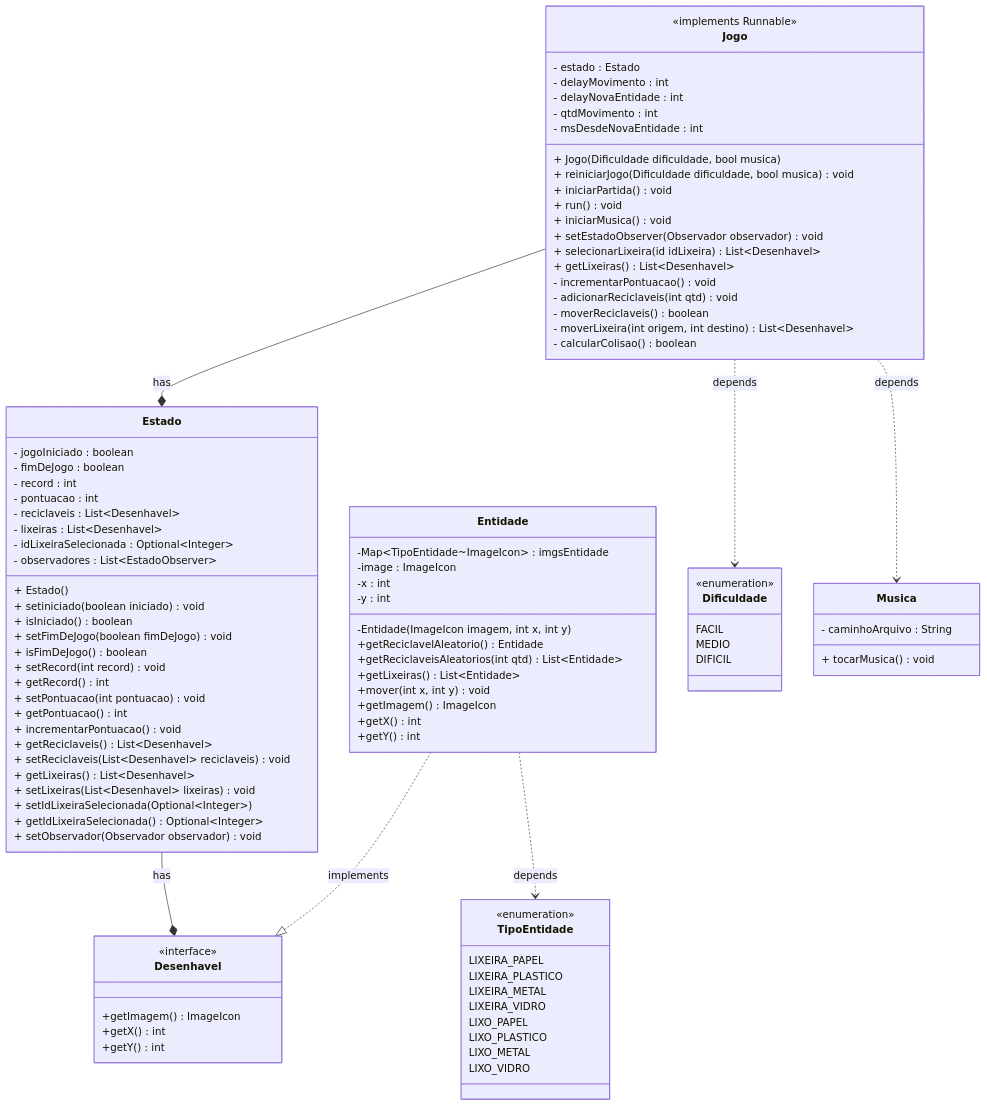
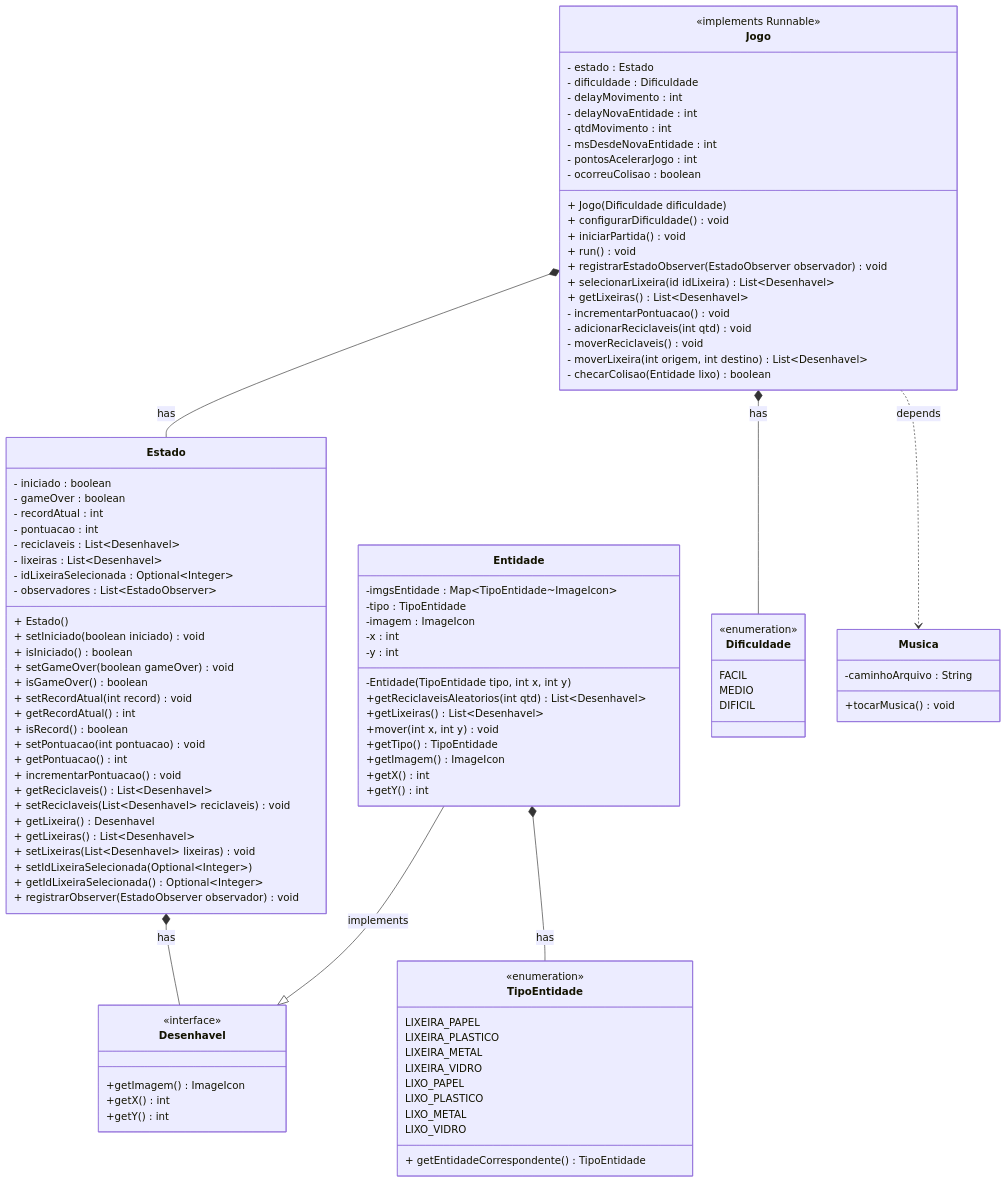
Before and after one commit to lucasttmz/jogo-reciclagem-aps: the diagram in docs/DiagramaJogoModel.md, drawn with Mermaid. The commit also changed 4 other files, not shown here.

Commit message:
Pequenos ajustes nos diagramas e correcao dos erros

````diff
--- a/docs/DiagramaJogoModel.md
+++ b/docs/DiagramaJogoModel.md
@@ -3,11 +3,11 @@
 ```mermaid
 classDiagram
-	Entidade ..|> Desenhavel : implements
-	Entidade ..> TipoEntidade : depends
-	Estado --* Desenhavel : has
-	Jogo --* Estado : has
-	Jogo ..> Dificuldade : depends
-    Jogo ..> Musica : depends
+	Entidade --|> Desenhavel : implements
+	Entidade *-- TipoEntidade : has
+	Estado *-- Desenhavel : has
+	Jogo *-- Estado : has
+	Jogo *-- Dificuldade : has
+        Jogo ..> Musica : depends
 	class Desenhavel{
 		<<interface>>
 		+getImagem() ImageIcon
@@ -24,73 +24,79 @@
 		LIXO_PLASTICO
 		LIXO_METAL
 		LIXO_VIDRO
+		+ getEntidadeCorrespondente() TipoEntidade
 	}
 	class Entidade{
-		-Map~TipoEntidade~ImageIcon~ : imgsEntidade
-		-image : ImageIcon
+		-imgsEntidade : Map~TipoEntidade~ImageIcon~ 
+		-tipo : TipoEntidade
+		-imagem : ImageIcon
 		-x : int
 		-y : int
-		-Entidade(ImageIcon imagem, int x, int y)
-		+getReciclavelAleatorio() Entidade
-		+getReciclaveisAleatorios(int qtd) List~Entidade~
-		+getLixeiras() List~Entidade~
+		-Entidade(TipoEntidade tipo, int x, int y)
+		+getReciclaveisAleatorios(int qtd) List~Desenhavel~
+		+getLixeiras() List~Desenhavel~
 		+mover(int x, int y) void
+		+getTipo() TipoEntidade
 		+getImagem() ImageIcon
 		+getX() int
 		+getY() int
 	}
 	class Estado{
-		- jogoIniciado : boolean
-		- fimDeJogo : boolean
-		- record : int
+		- iniciado : boolean
+		- gameOver : boolean
+		- recordAtual : int
 		- pontuacao : int
 		- reciclaveis : List~Desenhavel~
 		- lixeiras : List~Desenhavel~
 		- idLixeiraSelecionada : Optional~Integer~
 		- observadores : List~EstadoObserver~
 		+ Estado()
-		+ setiniciado(boolean iniciado) void
+		+ setIniciado(boolean iniciado) void
 		+ isIniciado() boolean
-		+ setFimDeJogo(boolean fimDeJogo) void
-		+ isFimDeJogo() boolean
-		+ setRecord(int record) void
-		+ getRecord() int
+		+ setGameOver(boolean gameOver) void
+		+ isGameOver() boolean
+		+ setRecordAtual(int record) void
+		+ getRecordAtual() int
+		+ isRecord() boolean
 		+ setPontuacao(int pontuacao) void
 		+ getPontuacao() int
 		+ incrementarPontuacao() void
 		+ getReciclaveis() List~Desenhavel~
 		+ setReciclaveis(List~Desenhavel~ reciclaveis) void
+		+ getLixeira() Desenhavel
 		+ getLixeiras() List~Desenhavel~
 		+ setLixeiras(List~Desenhavel~ lixeiras) void
 		+ setIdLixeiraSelecionada(Optional~Integer~)
 		+ getIdLixeiraSelecionada() Optional~Integer~
-		+ setObservador(Observador observador) void
+		+ registrarObserver(EstadoObserver observador) void
 	}
 	class Jogo{
 		<<implements Runnable>>
 		- estado : Estado
+		- dificuldade : Dificuldade
 		- delayMovimento : int
 		- delayNovaEntidade : int
 		- qtdMovimento : int
 		- msDesdeNovaEntidade : int
-		+ Jogo(Dificuldade dificuldade, bool musica)
-		+ reiniciarJogo(Dificuldade dificuldade, bool musica) void
+		- pontosAcelerarJogo : int
+		- ocorreuColisao : boolean
+		+ Jogo(Dificuldade dificuldade)
+		+ configurarDificuldade() void
 		+ iniciarPartida() void
 		+ run() void
-        + iniciarMusica() void
-		+ setEstadoObserver(Observador observador) void
+		+ registrarEstadoObserver(EstadoObserver observador) void
 		+ selecionarLixeira(id idLixeira) List~Desenhavel~
 		+ getLixeiras() List~Desenhavel~
 		- incrementarPontuacao() void
 		- adicionarReciclaveis(int qtd) void
-		- moverReciclaveis() boolean
+		- moverReciclaveis() void
 		- moverLixeira(int origem, int destino) List~Desenhavel~
-		- calcularColisao() boolean
+		- checarColisao(Entidade lixo) boolean
 	}
-    class Musica{
-        - caminhoArquivo : String
-        + tocarMusica() void
-    }
+    	class Musica{
+        	-caminhoArquivo : String
+        	+tocarMusica() void
+   	 }
 	class Dificuldade{
 		<<enumeration>>
 		FACIL
````
